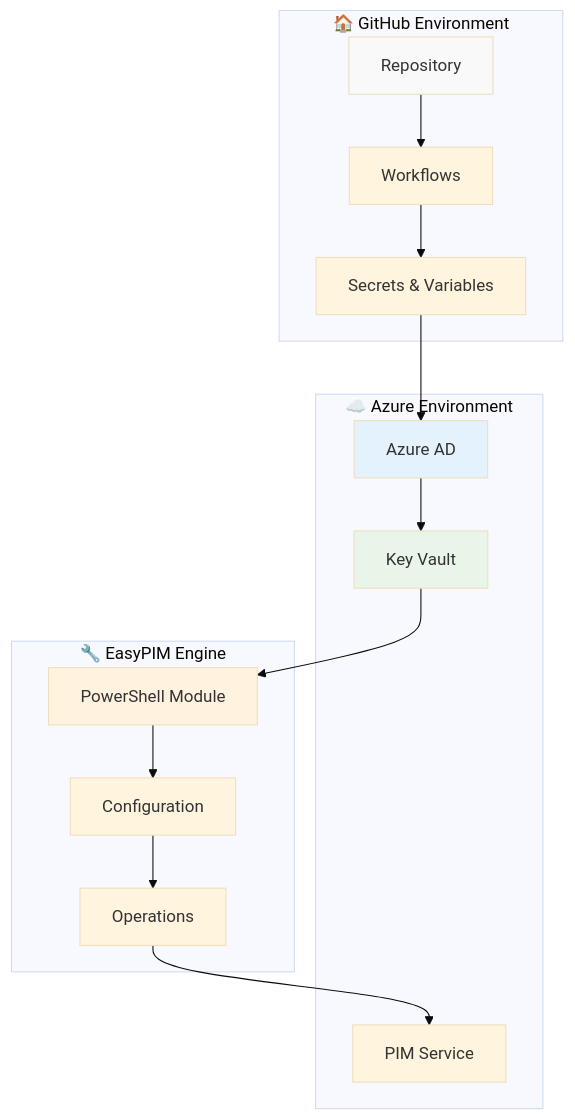
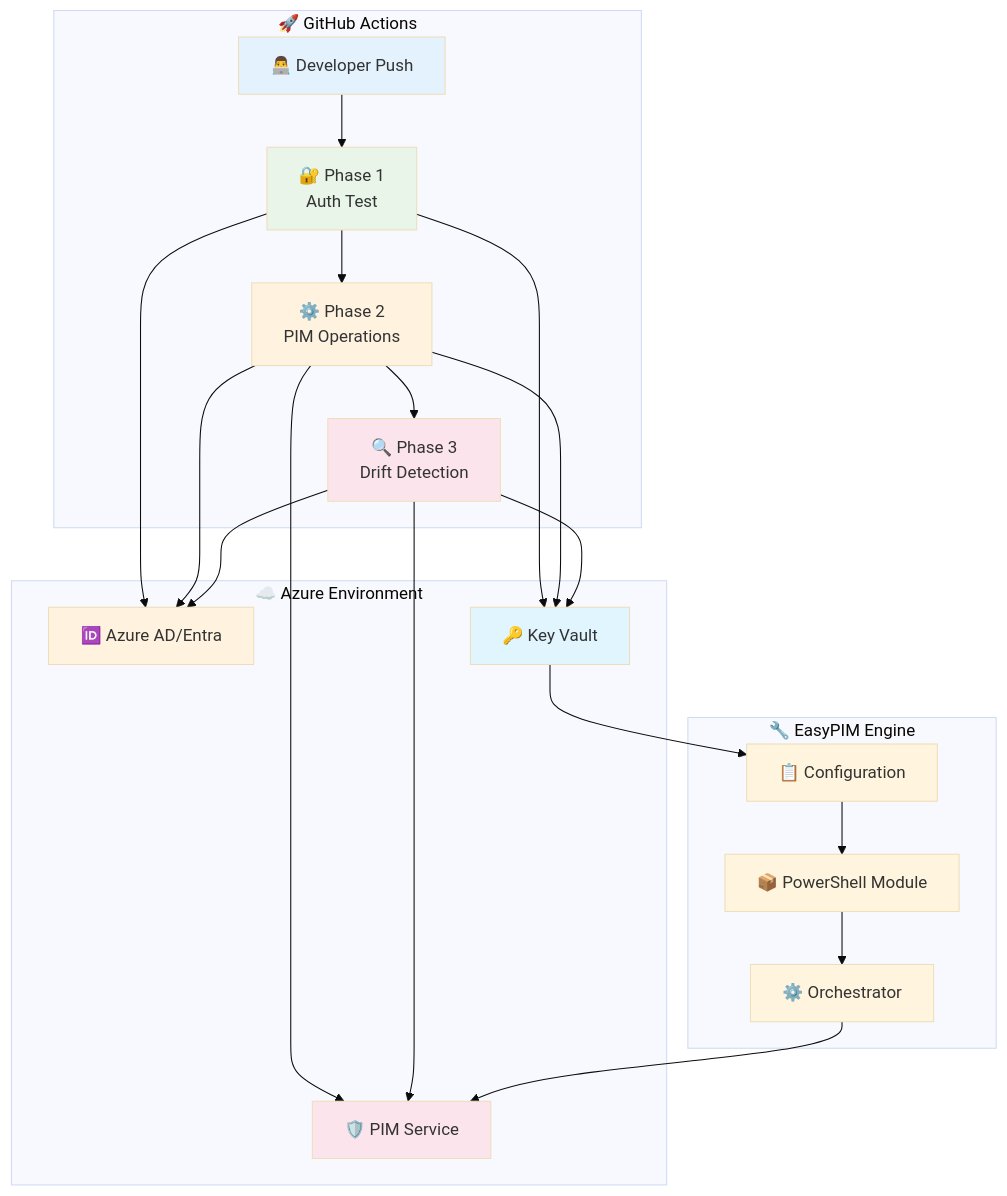
The diagram in README.md (kayasax/EasyPIM-EventDriven-Governance), drawn with Mermaid (base theme) before and after one commit. The commit also changed other lines of this file and 1 other file, not shown here.

````diff
--- a/README.md
+++ b/README.md
@@ -35,34 +25,53 @@
 ```mermaid
-graph TB
-    subgraph "🏠 GitHub Environment"
-        REPO[Repository]
-        WORKFLOW[Workflows]
-        SECRETS[Secrets & Variables]
+flowchart TB
+    subgraph "🚀 GitHub Actions"
+        DEV[👨‍💻 Developer Push]
+        P1[🔐 Phase 1<br/>Auth Test]
+        P2[⚙️ Phase 2<br/>PIM Operations]
+        P3[🔍 Phase 3<br/>Drift Detection]
     end
 
     subgraph "☁️ Azure Environment"
-        AD[Azure AD]
-        KV[Key Vault]
-        PIM_SVC[PIM Service]
+        AAD[🆔 Azure AD/Entra]
+        KV[🔑 Key Vault]
+        PIM[🛡️ PIM Service]
     end
 
     subgraph "🔧 EasyPIM Engine"
-        MODULE[PowerShell Module]
-        CONFIG[Configuration]
-        OPERATIONS[Operations]
+        MOD[📦 PowerShell Module]
+        ORC[⚙️ Orchestrator]
+        CFG[📋 Configuration]
     end
 
-    REPO --> WORKFLOW
-    WORKFLOW --> SECRETS
-    SECRETS --> AD
-    AD --> KV
-    KV --> MODULE
-    MODULE --> CONFIG
-    CONFIG --> OPERATIONS
-    OPERATIONS --> PIM_SVC
+    DEV --> P1
+    P1 --> P2
+    P2 --> P3
 
-    style REPO fill:#f9f9f9
-    style AD fill:#e3f2fd
-    style KV fill:#e8f5e8
-    style MODULE fill:#fff3e0
+    %% All phases connect to Entra ID for authentication
+    P1 --> AAD
+    P2 --> AAD
+    P3 --> AAD
+
+    %% All phases connect to Key Vault for configuration
+    P1 --> KV
+    P2 --> KV
+    P3 --> KV
+
+    %% Phase 2 & 3 interact with PIM Service
+    P2 --> PIM
+    P3 --> PIM
+
+    %% EasyPIM Engine flow
+    KV --> CFG
+    CFG --> MOD
+    MOD --> ORC
+    ORC --> PIM
+
+    style DEV fill:#e3f2fd
+    style P1 fill:#e8f5e8
+    style P2 fill:#fff3e0
+    style P3 fill:#fce4ec
+    style AAD fill:#fff3e0
+    style KV fill:#e1f5fe
+    style PIM fill:#fce4ec
 ```
````
